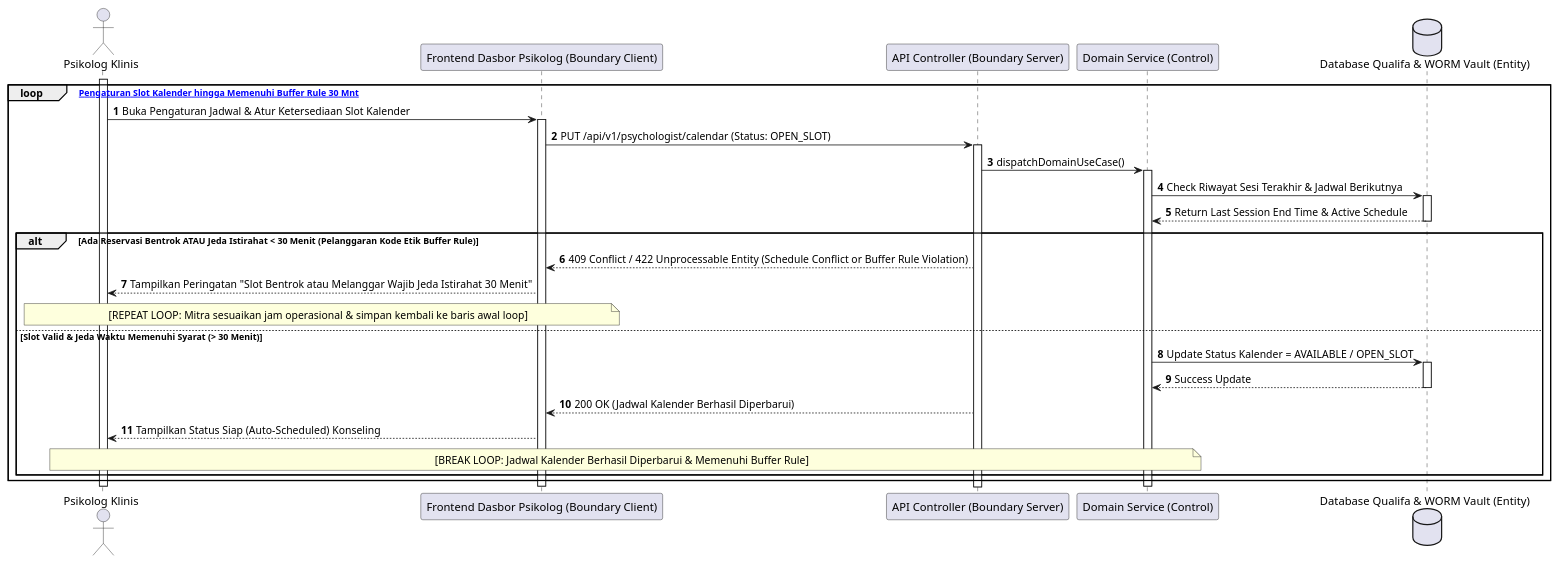
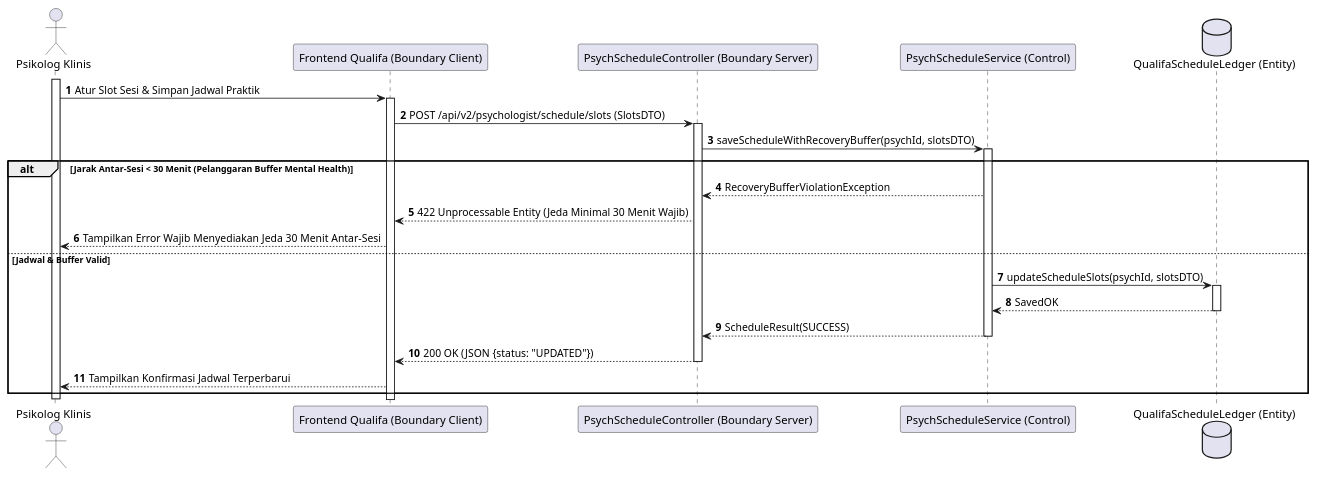
Before and after one commit to tupperwureism/SuperApp-Gagal: diagram 20 of 28 in MarkDown/plantuml_sequence_diagrams.md, drawn with PlantUML. The commit also changed other lines of this file and 1 other file, not shown here.

Commit message:
fix(sequence-diagrams): regenerate all 28 Sequence Diagrams with deterministic hand-crafted 5-Lifeline BCE flows

````diff
--- a/MarkDown/plantuml_sequence_diagrams.md
+++ b/MarkDown/plantuml_sequence_diagrams.md
@@ -1347,36 +813,28 @@
 ```plantuml
 @startuml
 autonumber
-actor "Psikolog Klinis" as Mitra
-participant "Frontend Dasbor Psikolog (Boundary Client)" as B_FE
-participant "API Controller (Boundary Server)" as B_BE
-participant "Domain Service (Control)" as C_Svc
-participant "Backend Independen Qualifa" as C_Svc
-database "Database Qualifa & WORM Vault (Entity)" as E_DB
+actor "Psikolog Klinis" as User
+participant "Frontend Qualifa (Boundary Client)" as B_FE
+participant "PsychScheduleController (Boundary Server)" as B_BE
+participant "PsychScheduleService (Control)" as C_Svc
+database "QualifaScheduleLedger (Entity)" as E_DB
 
-activate Mitra
-loop [Percobaan Pengaturan Slot Kalender hingga Memenuhi Buffer Rule 30 Mnt]
-    Mitra -> B_FE ++ : Buka Pengaturan Jadwal & Atur Ketersediaan Slot Kalender
-    B_FE -> B_BE ++ : PUT /api/v1/psychologist/calendar (Status: OPEN_SLOT)
-    B_BE -> C_Svc ++ : dispatchDomainUseCase()
+activate User
+User -> B_FE ++ : Atur Slot Sesi & Simpan Jadwal Praktik
+B_FE -> B_BE ++ : POST /api/v2/psychologist/schedule/slots (SlotsDTO)
+B_BE -> C_Svc ++ : saveScheduleWithRecoveryBuffer(psychId, slotsDTO)
 
-    C_Svc -> E_DB ++ : Check Riwayat Sesi Terakhir & Jadwal Berikutnya
-    E_DB --> C_Svc -- : Return Last Session End Time & Active Schedule
-
-    alt Ada Reservasi Bentrok ATAU Jeda Istirahat < 30 Menit (Pelanggaran Kode Etik Buffer Rule)
-        B_BE --> B_FE : 409 Conflict / 422 Unprocessable Entity (Schedule Conflict or Buffer Rule Violation)
-        B_FE --> Mitra : Tampilkan Peringatan "Slot Bentrok atau Melanggar Wajib Jeda Istirahat 30 Menit"
-        note over Mitra, B_FE : [REPEAT LOOP: Mitra sesuaikan jam operasional & simpan kembali ke baris awal loop]
-    else Slot Valid & Jeda Waktu Memenuhi Syarat (> 30 Menit)
-        C_Svc -> E_DB ++ : Update Status Kalender = AVAILABLE / OPEN_SLOT
-        E_DB --> C_Svc -- : Success Update
-        B_BE --> B_FE : 200 OK (Jadwal Kalender Berhasil Diperbarui)
-        B_FE --> Mitra : Tampilkan Status Siap (Auto-Scheduled) Konseling
-        note over Mitra, C_Svc : [BREAK LOOP: Jadwal Kalender Berhasil Diperbarui & Memenuhi Buffer Rule]
-    end
+alt Jarak Antar-Sesi < 30 Menit (Pelanggaran Buffer Mental Health)
+    C_Svc --> B_BE : RecoveryBufferViolationException
+    B_BE --> B_FE : 422 Unprocessable Entity (Jeda Minimal 30 Menit Wajib)
+    B_FE --> User : Tampilkan Error Wajib Menyediakan Jeda 30 Menit Antar-Sesi
+else Jadwal & Buffer Valid
+    C_Svc -> E_DB ++ : updateScheduleSlots(psychId, slotsDTO)
+    E_DB --> C_Svc -- : SavedOK
+    C_Svc --> B_BE -- : ScheduleResult(SUCCESS)
+    B_BE --> B_FE -- : 200 OK (JSON {status: "UPDATED"})
+    B_FE --> User : Tampilkan Konfirmasi Jadwal Terperbarui
 end
-deactivate C_Svc
-deactivate B_FE
-deactivate Mitra
+deactivate User
 @enduml
 ```
````
